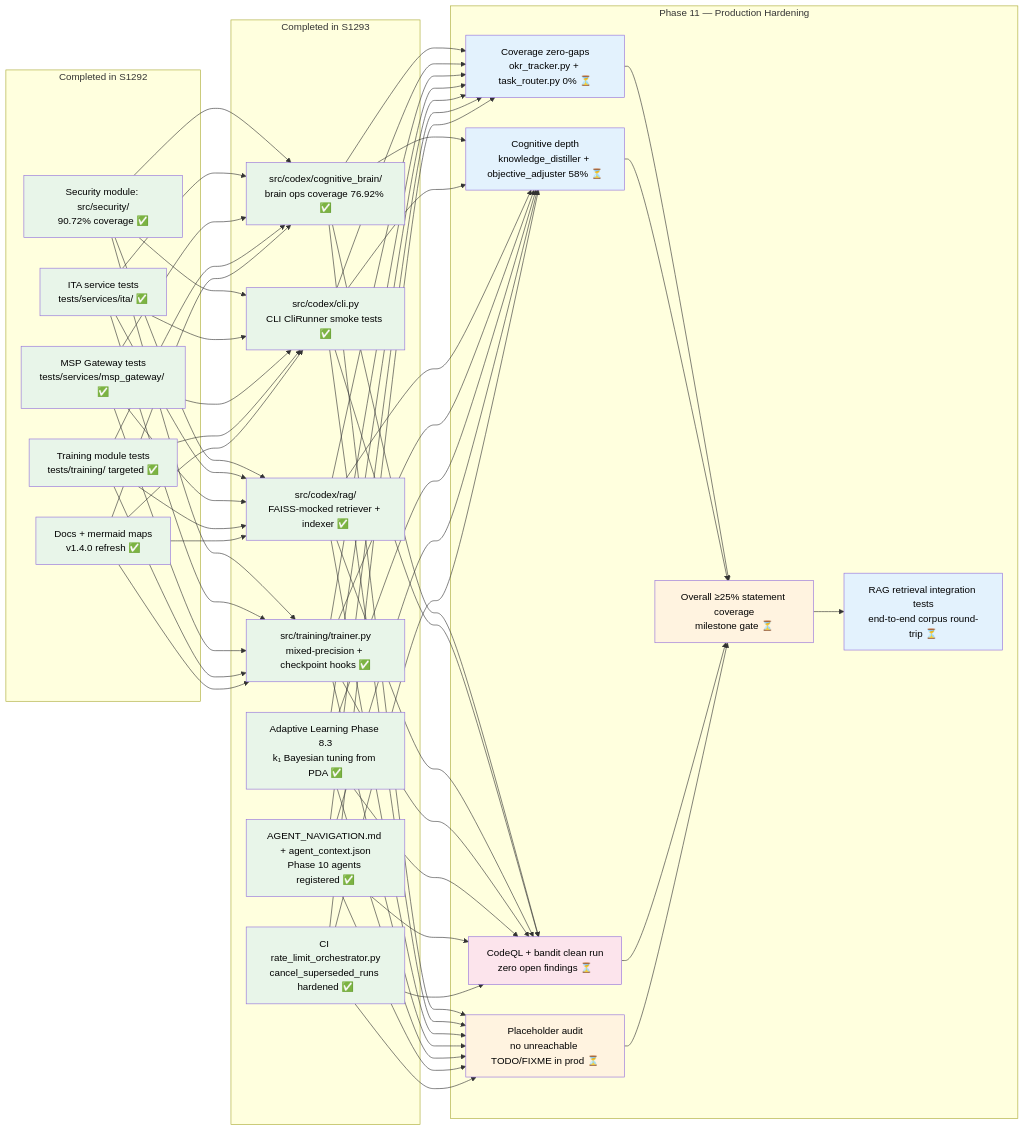
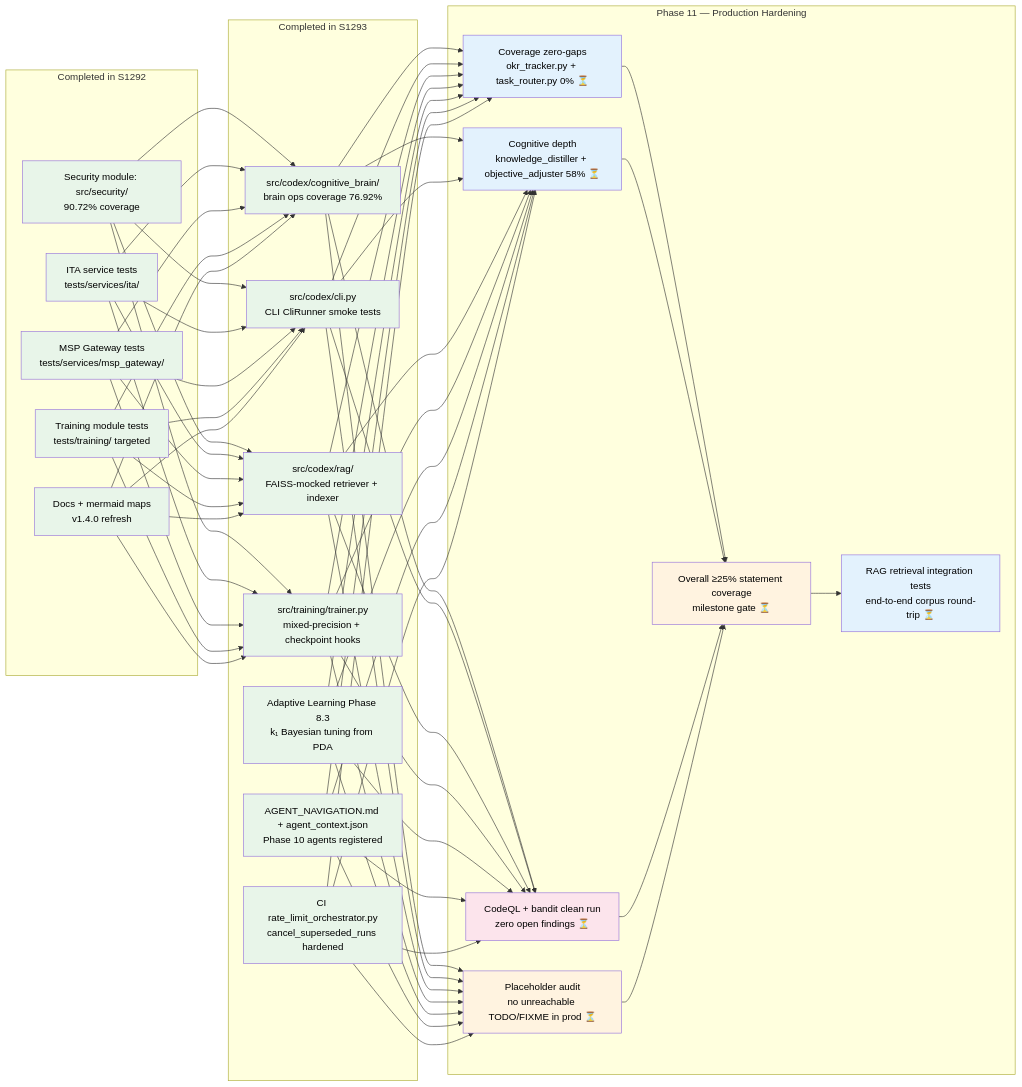
Diagram 18 of 18 in docs/CODEBASE_MERMAID_MAPS.md (Aries-Serpent/_codex_), drawn with Mermaid before and after one commit. The commit also changed other lines of this file and 2029 other files, not shown here.

````diff
--- a/docs/CODEBASE_MERMAID_MAPS.md
+++ b/docs/CODEBASE_MERMAID_MAPS.md
@@ -804,53 +806,53 @@
 ```mermaid
-%%{init: {'accessibility': {'title': 'Flowchart showing Security module: src/security/\n90.72% coverage ✅, ITA service tests\ntests/services/ita/ ✅'}}%%
+%%{init: {'accessibility': {'title': 'Flowchart showing Security module: src/security/\n90.72% coverage , ITA service tests\ntests/services/ita/ '}}%%
 graph LR
     subgraph "Completed in S1292"
-        S1A[Security module: src/security/\n90.72% coverage ✅]
-        S1B[ITA service tests\ntests/services/ita/ ✅]
-        S1C[MSP Gateway tests\ntests/services/msp_gateway/ ✅]
-        S1D[Training module tests\ntests/training/ targeted ✅]
-        S1E[Docs + mermaid maps\nv1.4.0 refresh ✅]
+        S1A[Security module: src/security/\n90.72% coverage ]
+        S1B[ITA service tests\ntests/services/ita/ ]
+        S1C[MSP Gateway tests\ntests/services/msp_gateway/ ]
+        S1D[Training module tests\ntests/training/ targeted ]
+        S1E[Docs + mermaid maps\nv1.4.0 refresh ]
     end
 
     subgraph "Completed in S1293"
-        P1[src/codex/cognitive_brain/\nbrain ops coverage 76.92% ✅]
-        P2[src/codex/cli.py\nCLI CliRunner smoke tests ✅]
-        P3[src/codex/rag/\nFAISS-mocked retriever + indexer ✅]
-        P4[src/training/trainer.py\nmixed-precision + checkpoint hooks ✅]
-        P5[Adaptive Learning Phase 8.3\nk₁ Bayesian tuning from PDA ✅]
-        P6[AGENT_NAVIGATION.md + agent_context.json\nPhase 10 agents registered ✅]
-        P7[CI rate_limit_orchestrator.py\ncancel_superseded_runs hardened ✅]
+        P1[src/codex/cognitive_brain/\nbrain ops coverage 76.92% ]
+        P2[src/codex/cli.py\nCLI CliRunner smoke tests ]
+        P3[src/codex/rag/\nFAISS-mocked retriever + indexer ]
+        P4[src/training/trainer.py\nmixed-precision + checkpoint hooks ]
+        P5[Adaptive Learning Phase 8.3\nk₁ Bayesian tuning from PDA ]
+        P6[AGENT_NAVIGATION.md + agent_context.json\nPhase 10 agents registered ]
+        P7[CI rate_limit_orchestrator.py\ncancel_superseded_runs hardened ]
     end
 
     subgraph "Phase 11 — Production Hardening"
         N1[Coverage zero-gaps\nokr_tracker.py + task_router.py 0% ⏳]
         N2[Cognitive depth\nknowledge_distiller + objective_adjuster 58% ⏳]
         N3[CodeQL + bandit clean run\nzero open findings ⏳]
         N4[Placeholder audit\nno unreachable TODO/FIXME in prod ⏳]
         N5[Overall ≥25% statement coverage\nmilestone gate ⏳]
         N6[RAG retrieval integration tests\nend-to-end corpus round-trip ⏳]
     end
 
     S1A & S1B & S1C & S1D & S1E --> P1 & P2 & P3 & P4
     P1 & P2 & P3 & P4 & P5 & P6 & P7 --> N1 & N2 & N3 & N4
     N1 & N2 & N3 & N4 --> N5 --> N6
 
     style S1A fill:#e8f5e9,color:#000
     style S1B fill:#e8f5e9,color:#000
     style S1C fill:#e8f5e9,color:#000
     style S1D fill:#e8f5e9,color:#000
     style S1E fill:#e8f5e9,color:#000
     style P1 fill:#e8f5e9,color:#000
     style P2 fill:#e8f5e9,color:#000
     style P3 fill:#e8f5e9,color:#000
     style P4 fill:#e8f5e9,color:#000
     style P5 fill:#e8f5e9,color:#000
     style P6 fill:#e8f5e9,color:#000
     style P7 fill:#e8f5e9,color:#000
     style N1 fill:#e3f2fd,color:#000
     style N2 fill:#e3f2fd,color:#000
     style N3 fill:#fce4ec,color:#000
     style N4 fill:#fff3e0,color:#000
     style N5 fill:#fff3e0,color:#000
     style N6 fill:#e3f2fd,color:#000
 ```
````
